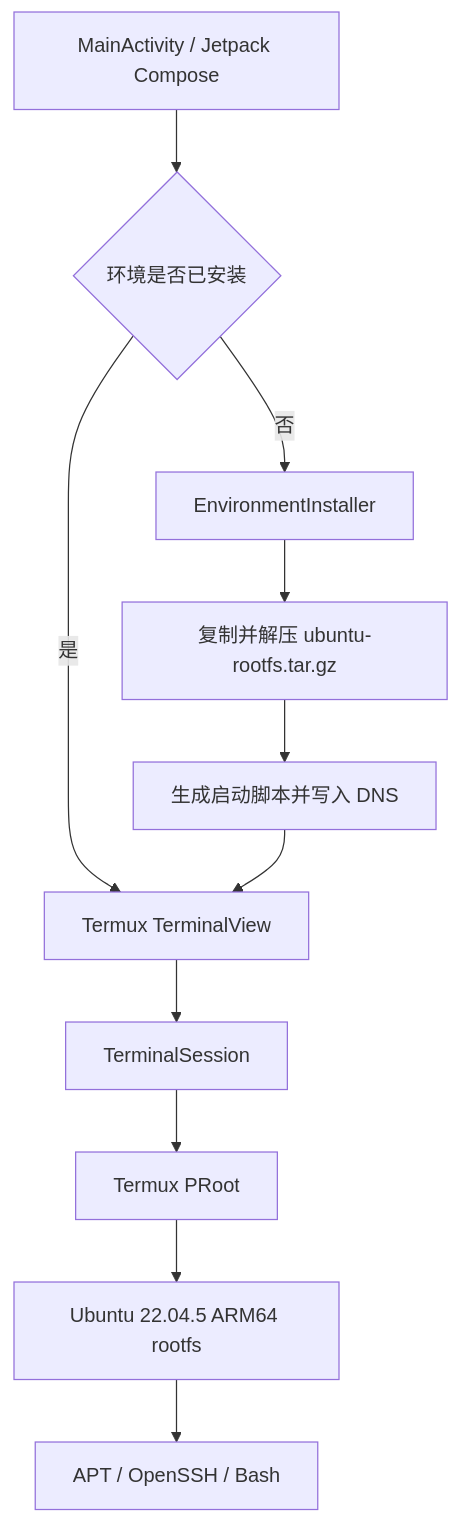
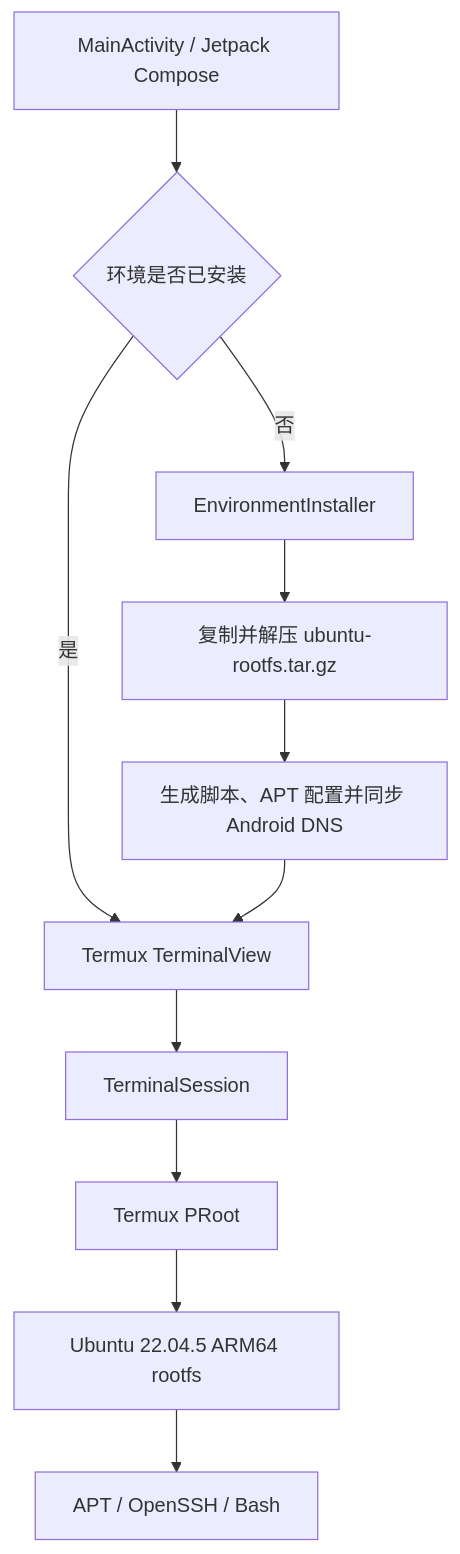
Before and after one commit to ShinyaSHAO/UbuntuOnAndroid: the diagram in readme.md, drawn with Mermaid. The commit also changed other lines of this file and 28 other files, not shown here.

````diff
--- a/readme.md
+++ b/readme.md
@@ -19,13 +21,13 @@
 ```mermaid
 flowchart TD
     A[MainActivity / Jetpack Compose] --> B{环境是否已安装}
     B -- 否 --> C[EnvironmentInstaller]
     C --> D[复制并解压 ubuntu-rootfs.tar.gz]
-    D --> E[生成启动脚本并写入 DNS]
+    D --> E[生成脚本、APT 配置并同步 Android DNS]
     B -- 是 --> F[Termux TerminalView]
     E --> F
     F --> G[TerminalSession]
     G --> H[Termux PRoot]
     H --> I[Ubuntu 22.04.5 ARM64 rootfs]
     I --> J[APT / OpenSSH / Bash]
 ```
````
